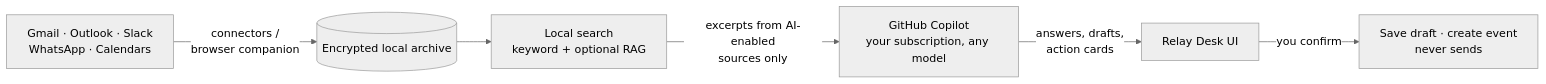
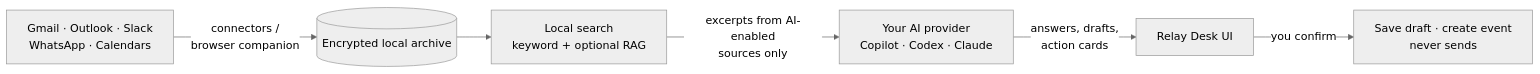
One commit to Ai4Innov/relaydesk changed the diagram in README.md. Above: the diagram before and after it, drawn with Mermaid (neutral theme). The commit also changed other lines of this file and 37 other files, not shown here.

First line of the commit message:
Add Claude and OpenAI Codex as selectable AI providers

````diff
--- a/README.md
+++ b/README.md
@@ -63,8 +63,8 @@
 ```mermaid
 flowchart LR
     P["Gmail · Outlook · Slack<br/>WhatsApp · Calendars"] -->|"connectors /<br/>browser companion"| A[("Encrypted local archive")]
     A --> S["Local search<br/>keyword + optional RAG"]
-    S -->|"excerpts from AI-enabled<br/>sources only"| C["GitHub Copilot<br/>your subscription, any model"]
+    S -->|"excerpts from AI-enabled<br/>sources only"| C["Your AI provider<br/>Copilot · Codex · Claude"]
     C -->|"answers, drafts,<br/>action cards"| U["Relay Desk UI"]
     U -->|"you confirm"| W["Save draft · create event<br/>never sends"]
 ```
````
